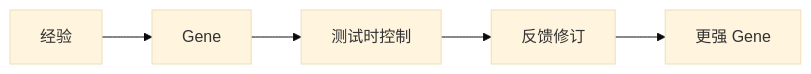
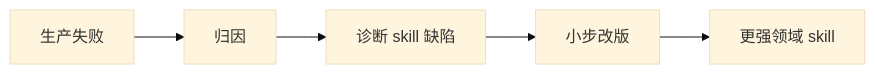
One commit to pofossette/guidebooks changed diagram 14 of 18 in docs/agent-engineering/self-evolve/路线总览.md. Above: the diagram before and after it, drawn with Mermaid (base theme). The commit also changed other lines of this file and 7 other files, not shown here.

````diff
--- a/docs/agent-engineering/self-evolve/路线总览.md
+++ b/docs/agent-engineering/self-evolve/路线总览.md
@@ -170,7 +253,7 @@
 ```mermaid
 flowchart LR
-    A3[经验] --> B3[Gene]
-    B3 --> C3[测试时控制]
-    C3 --> D3[反馈修订]
-    D3 --> E3[更强 Gene]
+    A3[生产失败] --> B3[归因]
+    B3 --> C3[诊断 skill 缺陷]
+    C3 --> D3[小步改版]
+    D3 --> E3[更强领域 skill]
 ```
````
